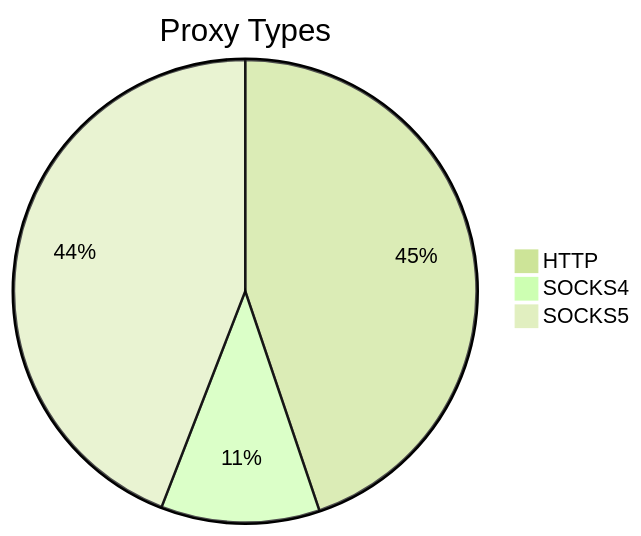
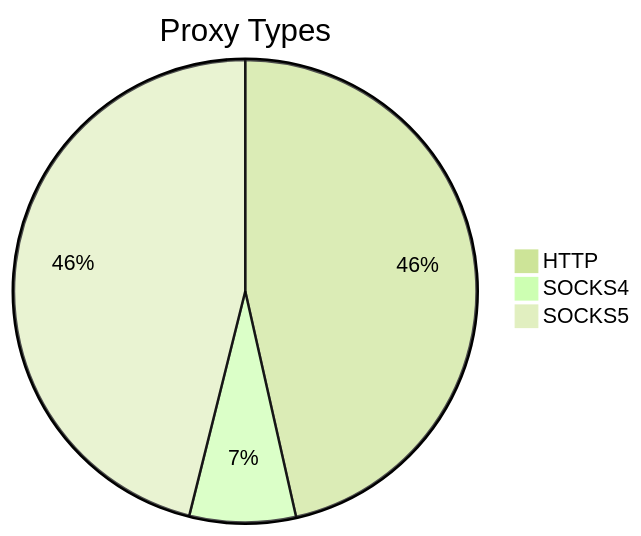
Before and after one commit to stormsia/proxy-list: the first of 2 diagrams in README.md, drawn with Mermaid (forest theme). The commit also changed other lines of this file, not shown here.

````diff
--- a/README.md
+++ b/README.md
@@ -21,6 +21,6 @@
 ```mermaid
 pie title Proxy Types
-    "HTTP" : 449
-    "SOCKS4" : 111
-    "SOCKS5" : 442
+    "HTTP" : 382
+    "SOCKS4" : 61
+    "SOCKS5" : 379
 ```
````
